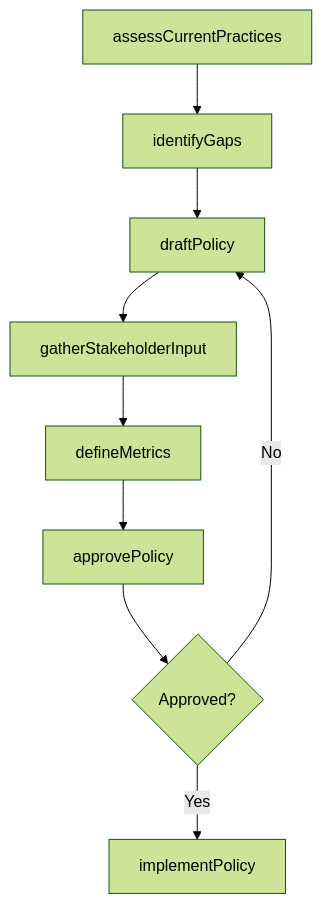
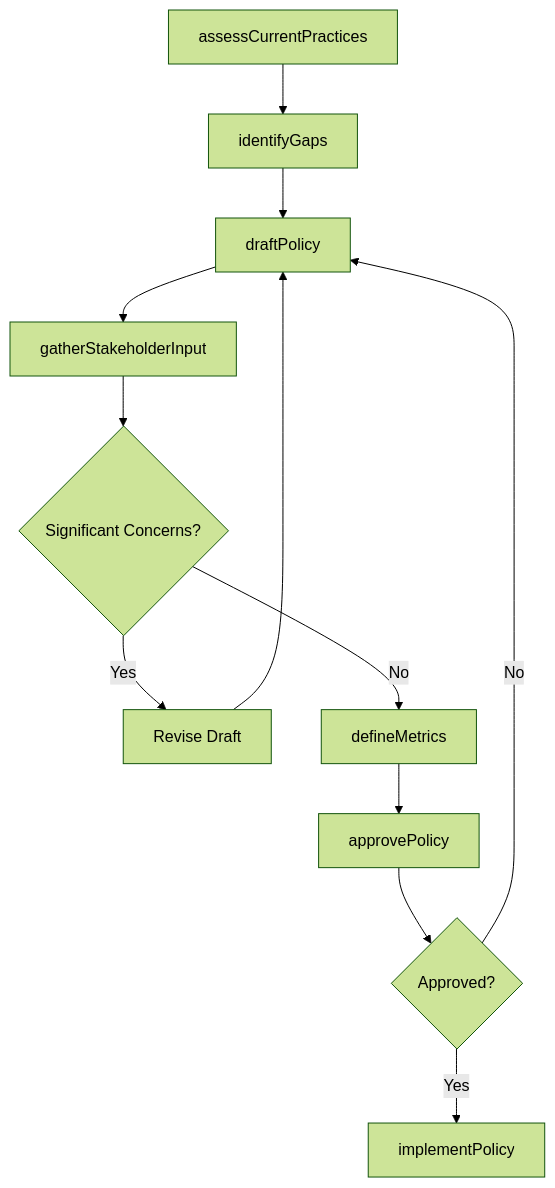
The third of 4 diagrams in ThinkingCreatively/DevelopSustainableOrganizationalOrBusinessPoliciesOrPractices/DevelopSustainableOrganizationalPoliciesPractices.mdx (dot-org-ai/tasks.org.ai), drawn with Mermaid (forest theme) before and after one commit. The commit also changed other lines of this file and 266 other files, not shown here.

First line of the commit message:
feat: Add ER diagrams, state diagrams to wave 2 batch (251 DWA files)

````diff
--- a/ThinkingCreatively/DevelopSustainableOrganizationalOrBusinessPoliciesOrPractices/DevelopSustainableOrganizationalPoliciesPractices.mdx
+++ b/ThinkingCreatively/DevelopSustainableOrganizationalOrBusinessPoliciesOrPractices/DevelopSustainableOrganizationalPoliciesPractices.mdx
@@ -86,11 +114,14 @@
 ```mermaid
 graph TD
     A[assessCurrentPractices] --> B[identifyGaps]
     B --> C[draftPolicy]
     C --> D[gatherStakeholderInput]
-    D --> E[defineMetrics]
-    E --> F[approvePolicy]
-    F --> G{Approved?}
-    G -->|Yes| H[implementPolicy]
-    G -->|No| C
+    D --> E{Significant Concerns?}
+    E -->|Yes| F[Revise Draft]
+    F --> C
+    E -->|No| G[defineMetrics]
+    G --> H[approvePolicy]
+    H --> I{Approved?}
+    I -->|Yes| J[implementPolicy]
+    I -->|No| C
 ```
````
